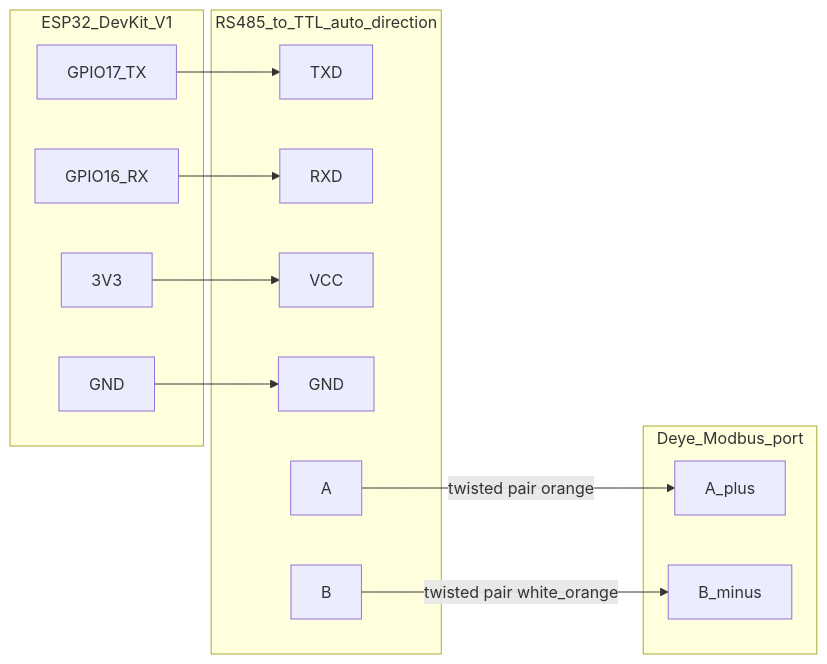
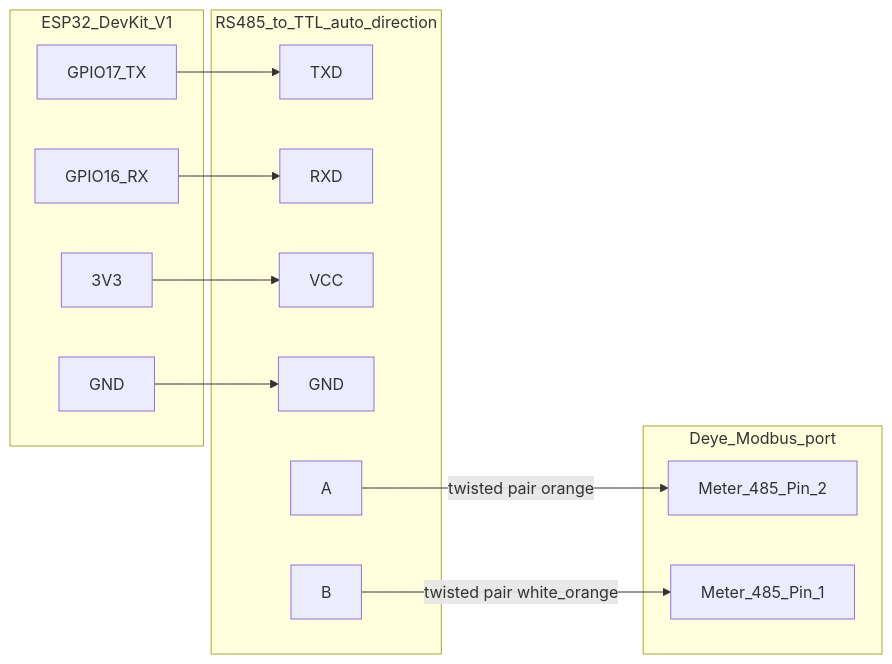
Before and after one commit to Lewa-Reka/esphome-opendtu-to-sdm630: the second of 2 diagrams in README.md, drawn with Mermaid.

Commit message:
docs: change rj45 pin name

````diff
--- a/README.md
+++ b/README.md
@@ -60,27 +60,27 @@
 ```mermaid
 flowchart LR
   subgraph esp32 [ESP32_DevKit_V1]
     TX[GPIO17_TX]
     RX[GPIO16_RX]
     VCC[3V3]
     GNDesp[GND]
   end
   subgraph conv [RS485_to_TTL_auto_direction]
     TXD[TXD]
     RXD[RXD]
     VCCc[VCC]
     GNDc[GND]
     Aterm[A]
     Bterm[B]
   end
   subgraph inv [Deye_Modbus_port]
-    Aplus[A_plus]
-    Bminus[B_minus]
+    RS485Pin2[Meter_485_Pin_2]
+    RS485Pin1[Meter_485_Pin_1]
   end
   TX --> TXD
   RX --> RXD
   VCC --> VCCc
   GNDesp --> GNDc
-  Aterm -->|"twisted pair orange"| Aplus
-  Bterm -->|"twisted pair white_orange"| Bminus
+  Aterm -->|"twisted pair orange"| RS485Pin2
+  Bterm -->|"twisted pair white_orange"| RS485Pin1
 ```
````
